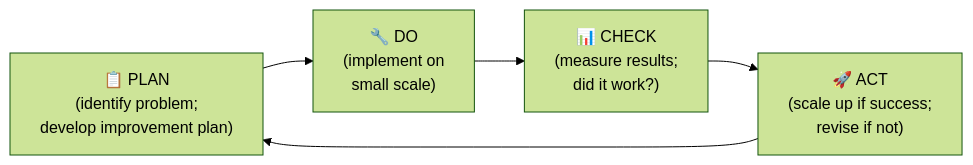
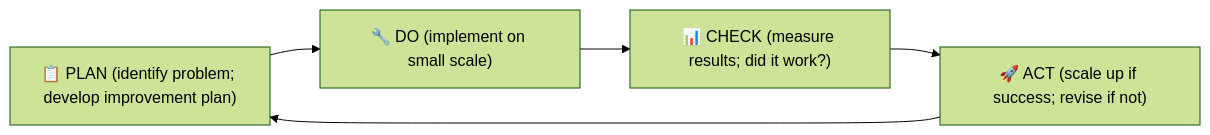
Before and after one commit to UncleJS/course_projectManagement: the fourth of 4 diagrams in modules/12-quality-management.md, drawn with Mermaid (forest theme). The commit also changed other lines of this file and 16 other files, not shown here.

Commit message:
Fix Mermaid rendering: remove literal \n from all diagram labels; quote unquoted & in flowchart nodes

````diff
--- a/modules/12-quality-management.md
+++ b/modules/12-quality-management.md
@@ -347,8 +347,8 @@
 ```mermaid
 flowchart LR
-    P["📋 PLAN\n(identify problem;\ndevelop improvement plan)"]
-    D["🔧 DO\n(implement on\nsmall scale)"]
-    C["📊 CHECK\n(measure results;\ndid it work?)"]
-    A["🚀 ACT\n(scale up if success;\nrevise if not)"]
+    P["📋 PLAN (identify problem; develop improvement plan)"]
+    D["🔧 DO (implement on small scale)"]
+    C["📊 CHECK (measure results; did it work?)"]
+    A["🚀 ACT (scale up if success; revise if not)"]
     P --> D --> C --> A --> P
 ```
````
